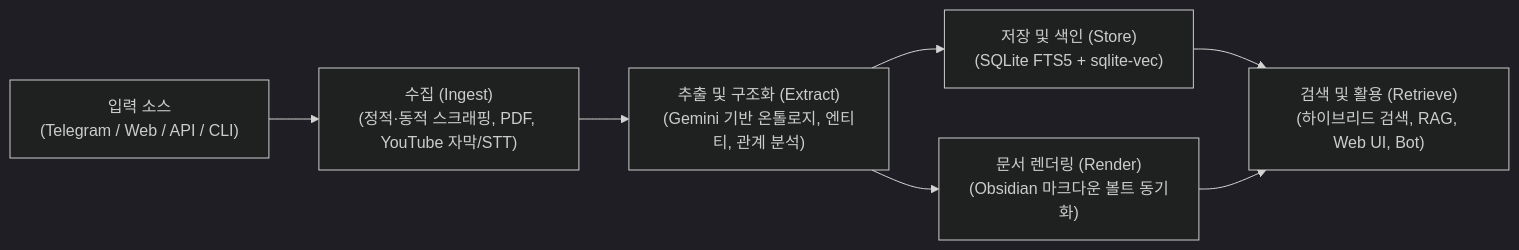
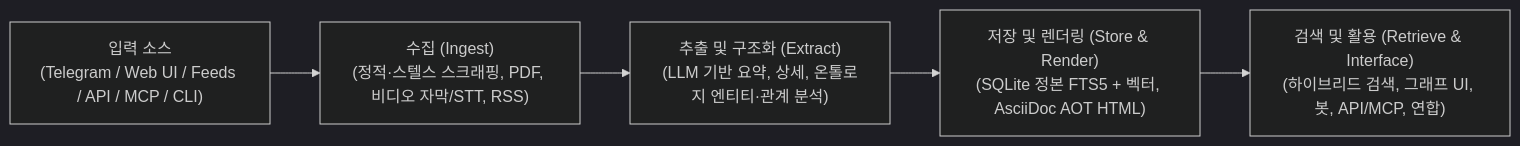
The diagram in README.md (fofwisdom/claire-bible), drawn with Mermaid (dark theme) before and after one commit. The commit also changed other lines of this file and 5 other files, not shown here.

````diff
--- a/README.md
+++ b/README.md
@@ -12,9 +12,7 @@
 ```mermaid
 flowchart LR
-    A["입력 소스\n(Telegram / Web / API / CLI)"] --> B["수집 (Ingest)\n(정적·동적 스크래핑, PDF, YouTube 자막/STT)"]
-    B --> C["추출 및 구조화 (Extract)\n(Gemini 기반 온톨로지, 엔티티, 관계 분석)"]
-    C --> D["저장 및 색인 (Store)\n(SQLite FTS5 + sqlite-vec)"]
-    C --> E["문서 렌더링 (Render)\n(Obsidian 마크다운 볼트 동기화)"]
-    D --> F["검색 및 활용 (Retrieve)\n(하이브리드 검색, RAG, Web UI, Bot)"]
-    E --> F
+    A["입력 소스\n(Telegram / Web UI / Feeds / API / MCP / CLI)"] --> B["수집 (Ingest)\n(정적·스텔스 스크래핑, PDF, 비디오 자막/STT, RSS)"]
+    B --> C["추출 및 구조화 (Extract)\n(LLM 기반 요약, 상세, 온톨로지 엔티티·관계 분석)"]
+    C --> D["저장 및 렌더링 (Store & Render)\n(SQLite 정본 FTS5 + 벡터, AsciiDoc AOT HTML)"]
+    D --> E["검색 및 활용 (Retrieve & Interface)\n(하이브리드 검색, 그래프 UI, 봇, API/MCP, 연합)"]
 ```
````
